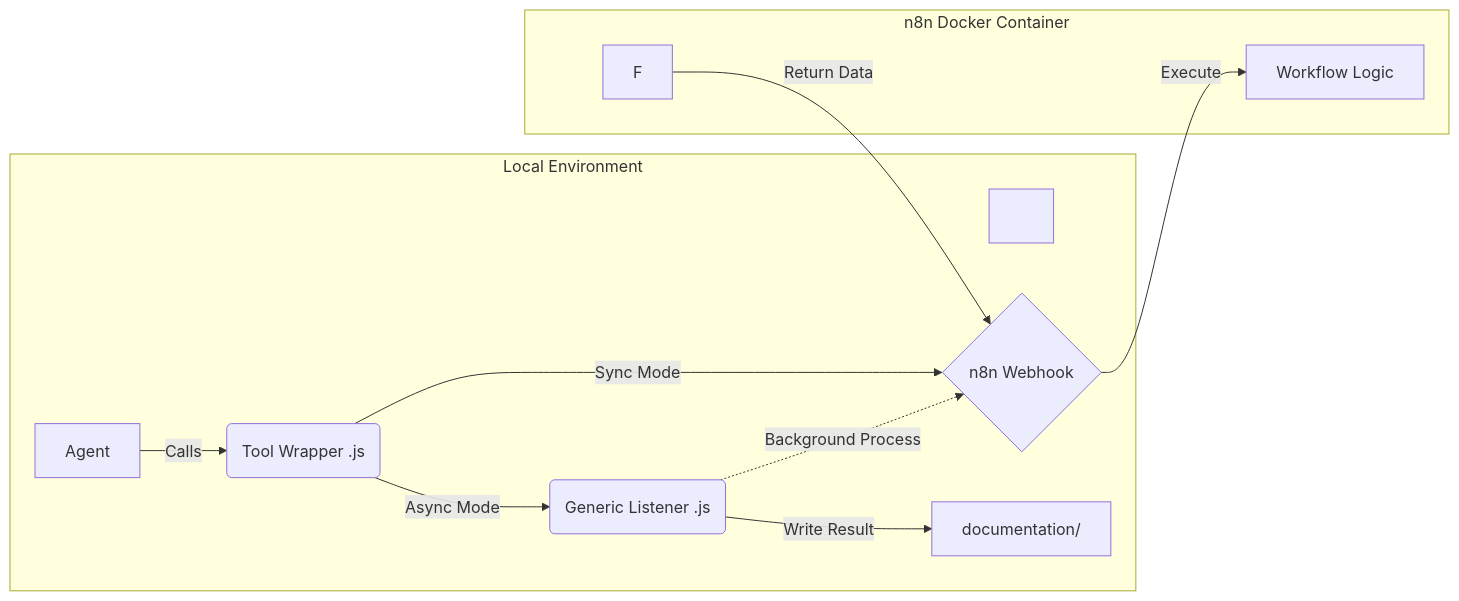
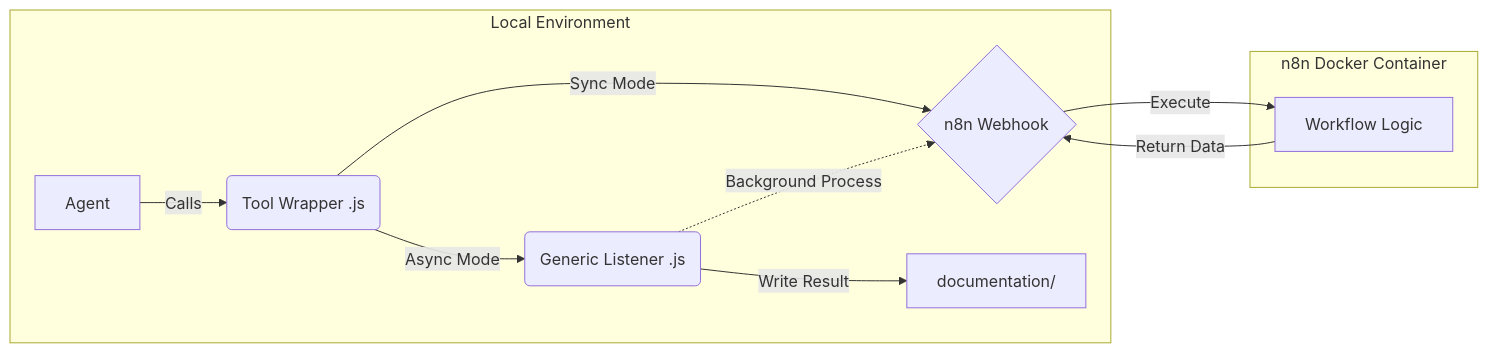
Before and after one commit to mpraetorius/OC_agent_tooling: the diagram in documentation/agentic_tooling_system_architecture.md, drawn with Mermaid. The commit also changed other lines of this file and 6 other files, not shown here.

````diff
--- a/documentation/agentic_tooling_system_architecture.md
+++ b/documentation/agentic_tooling_system_architecture.md
@@ -27,29 +14,15 @@
 ```mermaid
-
 graph LR
-
-&nbsp;   subgraph OpenCode \[Local Environment]
-
-&nbsp;       A\[Agent] -->|Calls| B(Tool Wrapper .js)
-
-&nbsp;       B -->|Sync Mode| D{n8n Webhook}
-
-&nbsp;       B -->|Async Mode| C(Generic Listener .js)
-
-&nbsp;       C -.->|Background Process| D
-
-&nbsp;       C -->|Write Result| E\[documentation/]
-
-&nbsp;   end
-
-&nbsp;   
-
-&nbsp;   subgraph Server \[n8n Docker Container]
-
-&nbsp;       D -->|Execute| F\[Workflow Logic]
-
-&nbsp;       F -->|Return Data| D
-
-&nbsp;   end
-
+    subgraph OpenCode [Local Environment]
+        A[Agent] -->|Calls| B(Tool Wrapper .js)
+        B -->|Sync Mode| D{n8n Webhook}
+        B -->|Async Mode| C(Generic Listener .js)
+        C -.->|Background Process| D
+        C -->|Write Result| E[documentation/]
+    end
+    
+    subgraph Server [n8n Docker Container]
+        D -->|Execute| F[Workflow Logic]
+        F -->|Return Data| D
+    end
 ```
````
